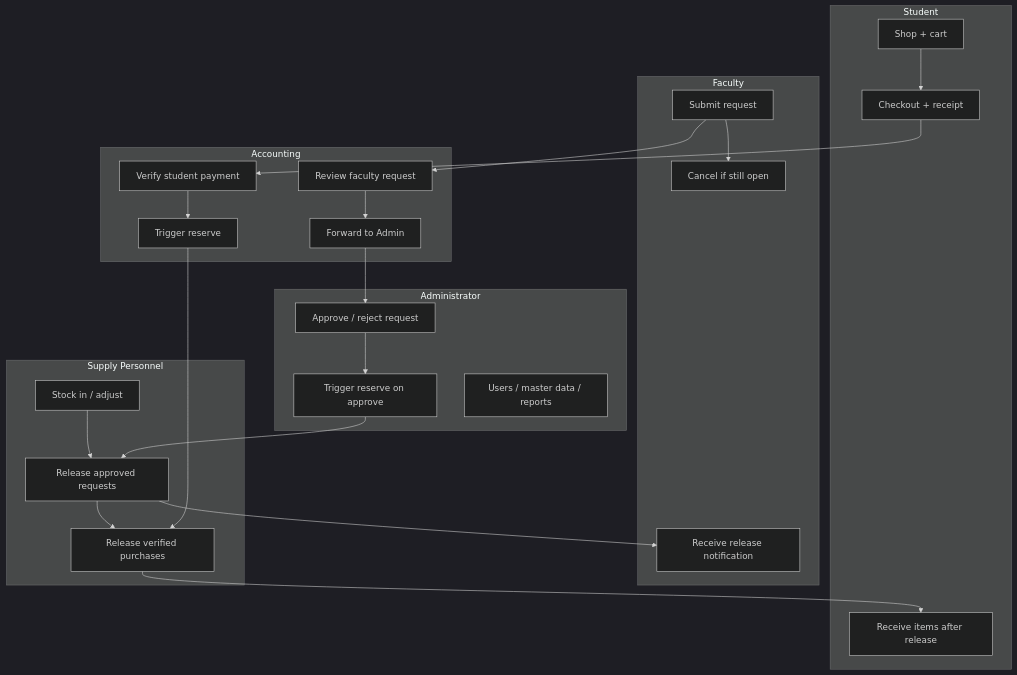
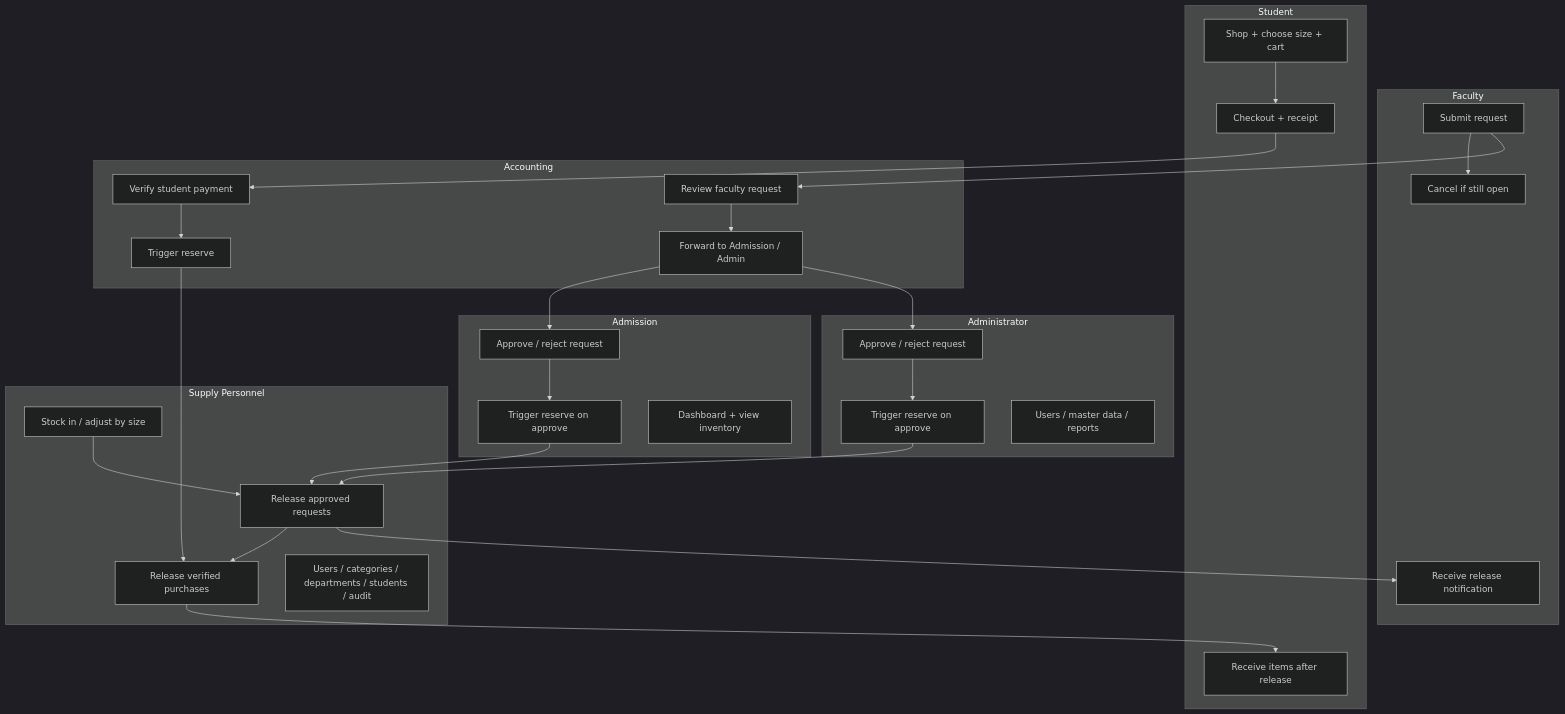
The eighth of 8 diagrams in docs/FLOWCHART.md (rhems95/PECIT-Smart-Inventory-System), drawn with Mermaid (dark theme) before and after one commit. The commit also changed other lines of this file and 42 other files, not shown here.

First line of the commit message:
Add uniform sizes, Admission role, and staff dashboard links.

````diff
--- a/docs/FLOWCHART.md
+++ b/docs/FLOWCHART.md
@@ -199,35 +213,43 @@
 ```mermaid
 flowchart TB
     subgraph Faculty
         F1[Submit request] --> F2[Cancel if still open]
         F3[Receive release notification]
     end
 
     subgraph Student
-        S1[Shop + cart] --> S2[Checkout + receipt]
+        S1[Shop + choose size + cart] --> S2[Checkout + receipt]
         S3[Receive items after release]
     end
 
     subgraph Accounting
-        A1[Review faculty request] --> A2[Forward to Admin]
+        A1[Review faculty request] --> A2[Forward to Admission / Admin]
         A3[Verify student payment] --> A4[Trigger reserve]
+    end
+
+    subgraph Admission
+        ADM1[Approve / reject request] --> ADM2[Trigger reserve on approve]
+        ADM3[Dashboard + view inventory]
     end
 
     subgraph Administrator
         AD1[Approve / reject request] --> AD2[Trigger reserve on approve]
         AD3[Users / master data / reports]
     end
 
     subgraph Supply Personnel
-        SP1[Stock in / adjust] --> SP2[Release approved requests]
+        SP1[Stock in / adjust by size] --> SP2[Release approved requests]
         SP2 --> SP3[Release verified purchases]
+        SP4[Users / categories / departments / students / audit]
     end
 
     F1 --> A1
+    A2 --> ADM1
     A2 --> AD1
+    ADM2 --> SP2
     AD2 --> SP2
     SP2 --> F3
     S2 --> A3
     A4 --> SP3
     SP3 --> S3
 ```
````
